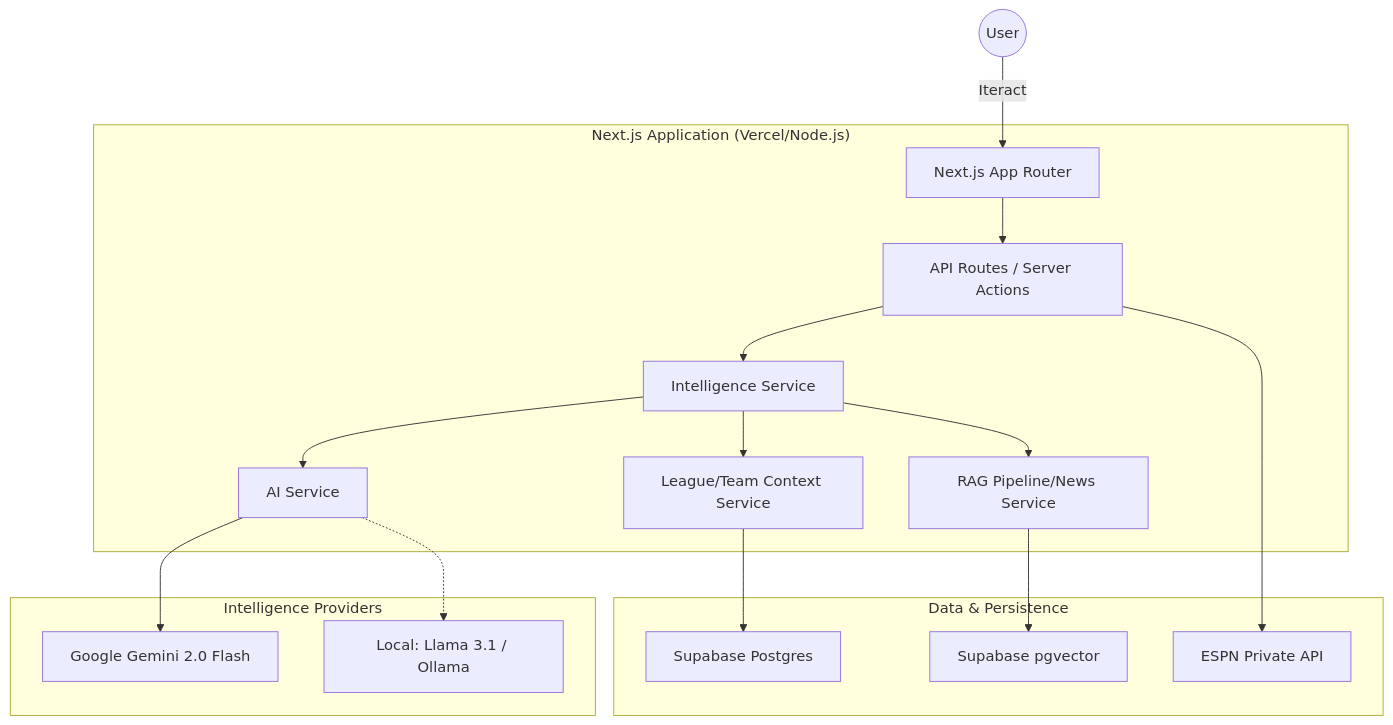
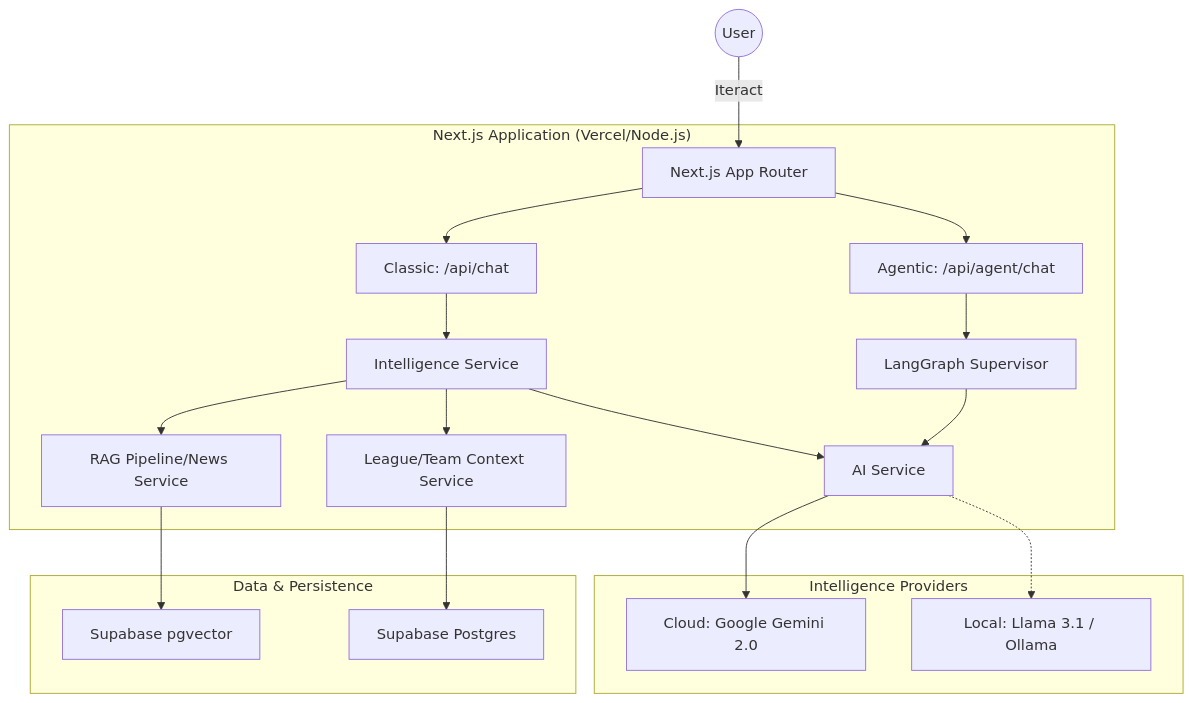
The diagram in docs/technical/Architecture.md (bpolitiadis/fanvise), drawn with Mermaid before and after one commit. The commit also changed other lines of this file and 7 other files, not shown here.

````diff
--- a/docs/technical/Architecture.md
+++ b/docs/technical/Architecture.md
@@ -9,23 +9,28 @@
 ```mermaid
 graph TD
     User((User)) -->|Iteract| WebUI[Next.js App Router]
     
     subgraph "Next.js Application (Vercel/Node.js)"
-        WebUI --> API[API Routes / Server Actions]
-        API --> IntelligenceSvc[Intelligence Service]
+        WebUI --> API_Classic[Classic: /api/chat]
+        WebUI --> API_Agent[Agentic: /api/agent/chat]
+        
+        API_Classic --> IntelligenceSvc[Intelligence Service]
+        API_Agent --> Supervisor[LangGraph Supervisor]
+        
         IntelligenceSvc --> Orchestrator[AI Service]
+        Supervisor --> Orchestrator[AI Service]
+        
         IntelligenceSvc --> LeagueSvc[League/Team Context Service]
         IntelligenceSvc --> RAG[RAG Pipeline/News Service]
     end
     
     subgraph "Intelligence Providers"
-        Orchestrator --> Gemini[Google Gemini 2.0 Flash]
+        Orchestrator --> Gemini[Cloud: Google Gemini 2.0]
         Orchestrator -.-> Ollama[Local: Llama 3.1 / Ollama]
     end
     
     subgraph "Data & Persistence"
         RAG --> SupabaseVector[Supabase pgvector]
         LeagueSvc --> SupabaseDB[Supabase Postgres]
-        API --> ESPN[ESPN Private API]
     end
 ```
````
